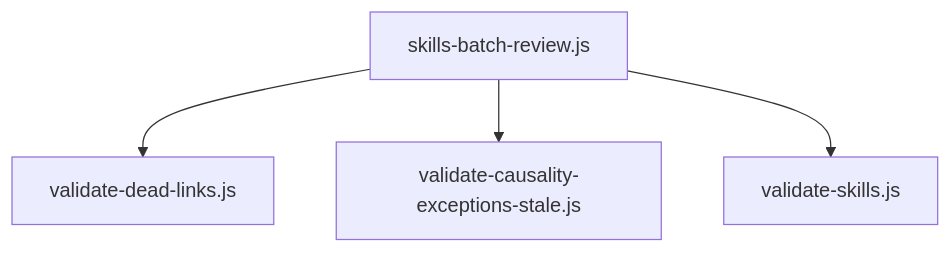
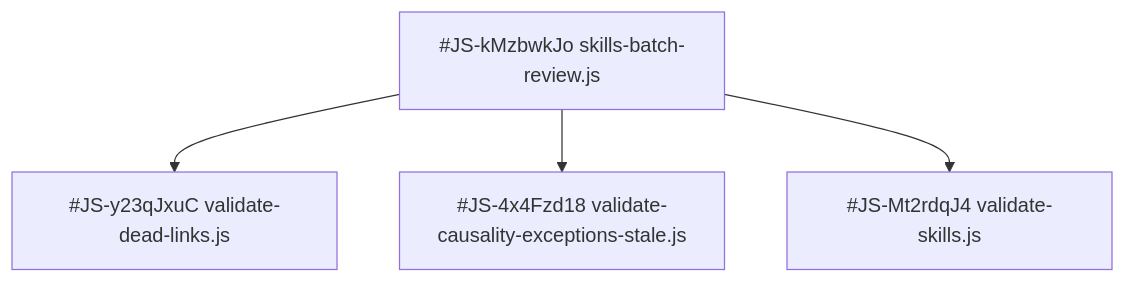
The third of 6 diagrams in docs/ais/ais-anti-staleness.md (aoponomarev/mmb), drawn with Mermaid before and after one commit. The commit also changed other lines of this file and 31 other files, not shown here.

First line of the commit message:
chore(docs): remove dead-links-unique.txt and update documentation references

````diff
--- a/docs/ais/ais-anti-staleness.md
+++ b/docs/ais/ais-anti-staleness.md
@@ -58,7 +58,7 @@
 ```mermaid
 flowchart TB
-    SBR[skills-batch-review.js]
-    SBR --> VDL[validate-dead-links.js]
-    SBR --> VCES[validate-causality-exceptions-stale.js]
-    SBR --> VS2[validate-skills.js]
+    SBR[#JS-kMzbwkJo skills-batch-review.js]
+    SBR --> VDL[#JS-y23qJxuC validate-dead-links.js]
+    SBR --> VCES[#JS-4x4Fzd18 validate-causality-exceptions-stale.js]
+    SBR --> VS2[#JS-Mt2rdqJ4 validate-skills.js]
 ```
````
